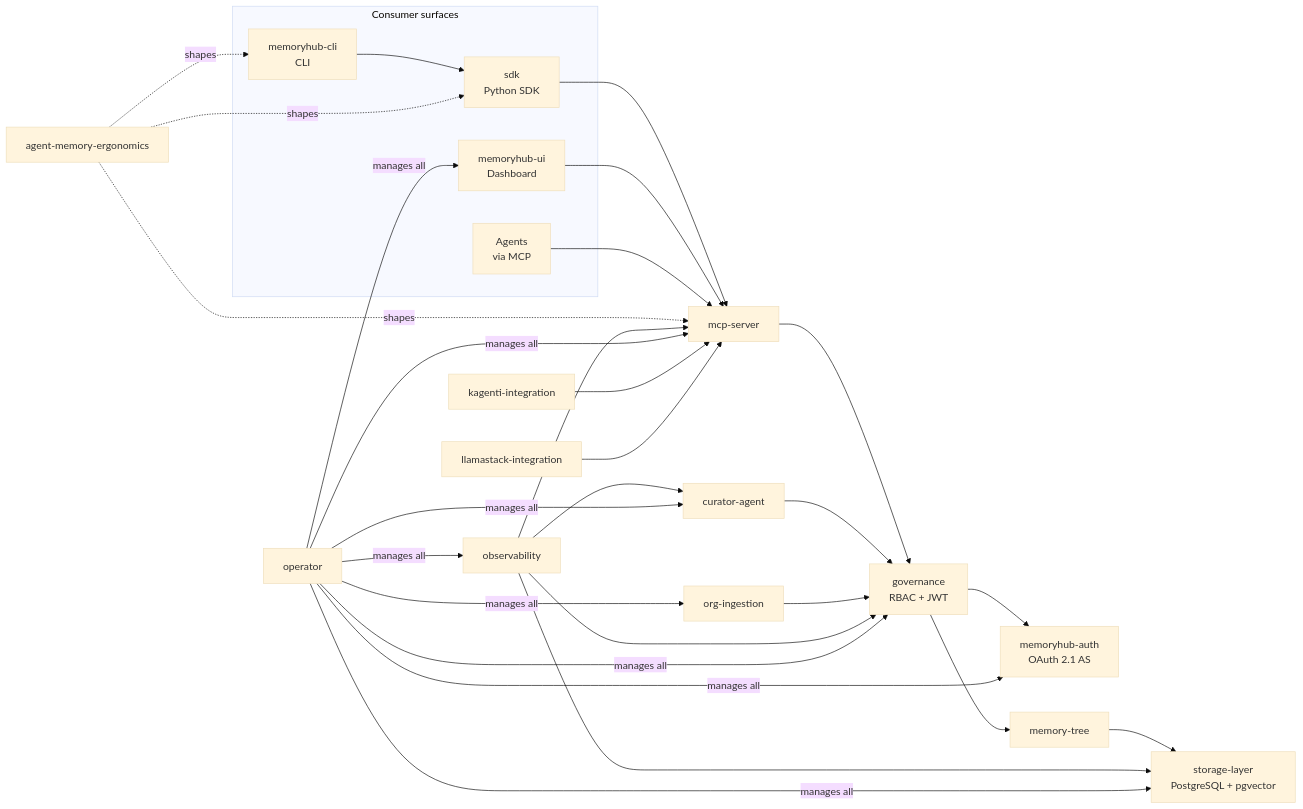
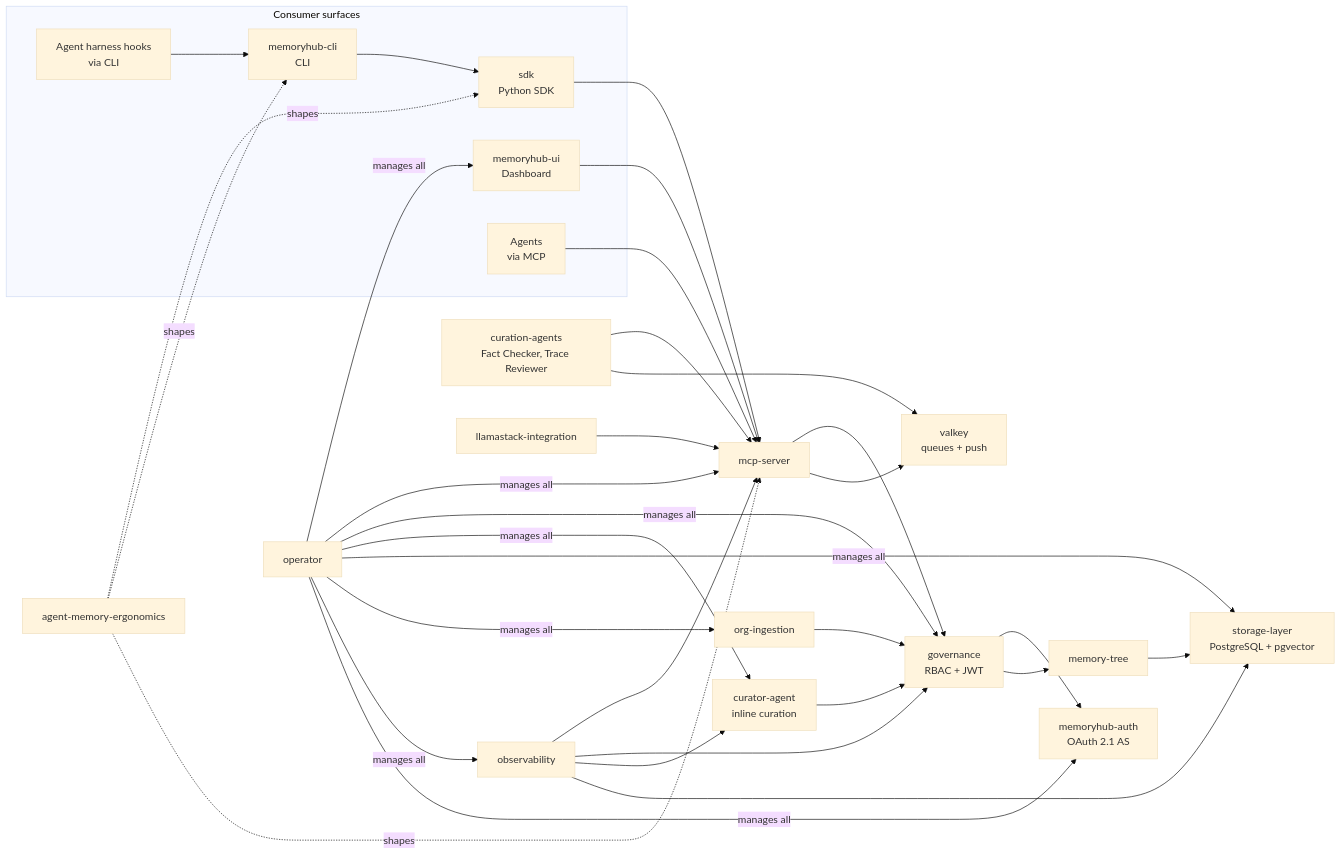
Before and after one commit to jeremyeder/memory-hub: the diagram in docs/SYSTEMS.md, drawn with Mermaid (base theme). The commit also changed other lines of this file and 2 other files, not shown here.

First line of the commit message:
docs: Correct MCP tool counts and topology against code

````diff
--- a/docs/SYSTEMS.md
+++ b/docs/SYSTEMS.md
@@ -39,39 +38,45 @@
 ```mermaid
 graph LR
     subgraph "Consumer surfaces"
         SDK[sdk<br/>Python SDK]
         CLI[memoryhub-cli<br/>CLI]
         UI[memoryhub-ui<br/>Dashboard]
         AGENT[Agents<br/>via MCP]
+        HOOKS[Agent harness hooks<br/>via CLI]
     end
 
     MCP[mcp-server]
     GOV[governance<br/>RBAC + JWT]
     AUTH[memoryhub-auth<br/>OAuth 2.1 AS]
     MT[memory-tree]
     SL[storage-layer<br/>PostgreSQL + pgvector]
-    CUR[curator-agent]
+    CUR[curator-agent<br/>inline curation]
+    CURA[curation-agents<br/>Fact Checker, Trace Reviewer]
+    VK[valkey<br/>queues + push]
     ERG[agent-memory-ergonomics]
     ING[org-ingestion]
     OBS[observability]
     OP[operator]
 
     SDK --> MCP
     CLI --> SDK
+    HOOKS --> CLI
     UI --> MCP
     AGENT --> MCP
 
     MCP --> GOV
     GOV --> AUTH
     GOV --> MT
     MT --> SL
     CUR --> GOV
+    CURA --> MCP
+    CURA --> VK
+    MCP --> VK
     ING --> GOV
     ERG -.shapes.-> MCP & SDK & CLI
 
     OBS --> MCP & GOV & CUR & SL
     OP -->|manages all| MCP & GOV & CUR & SL & ING & OBS & UI & AUTH
 
-    KAG[kagenti-integration] --> MCP
     LS[llamastack-integration] --> MCP
 ```
````
